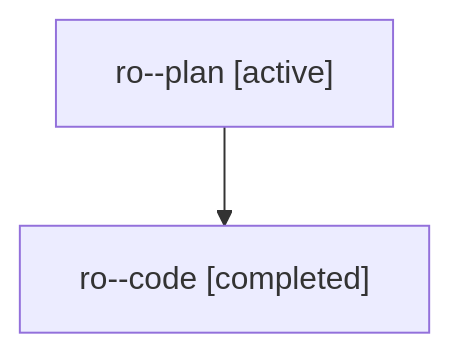
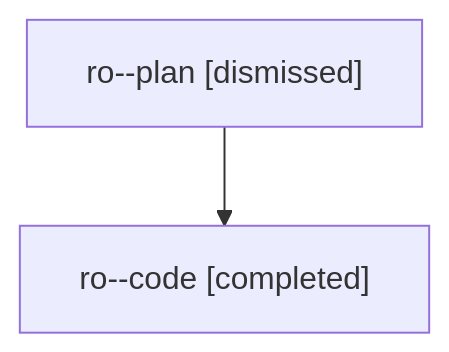
One commit to sase-org/sase--agents changed the diagram in sessions/bbugyi200.athena.ro.md. Above: the diagram before and after it, drawn with Mermaid. The commit also changed other lines of this file and 28 other files, not shown here.

````diff
--- a/sessions/bbugyi200.athena.ro.md
+++ b/sessions/bbugyi200.athena.ro.md
@@ -9,6 +9,6 @@
 ```mermaid
 flowchart TD
-  n0["ro--plan [active]"]
+  n0["ro--plan [dismissed]"]
   n1["ro--code [completed]"]
   n0 --> n1
 ```
````
